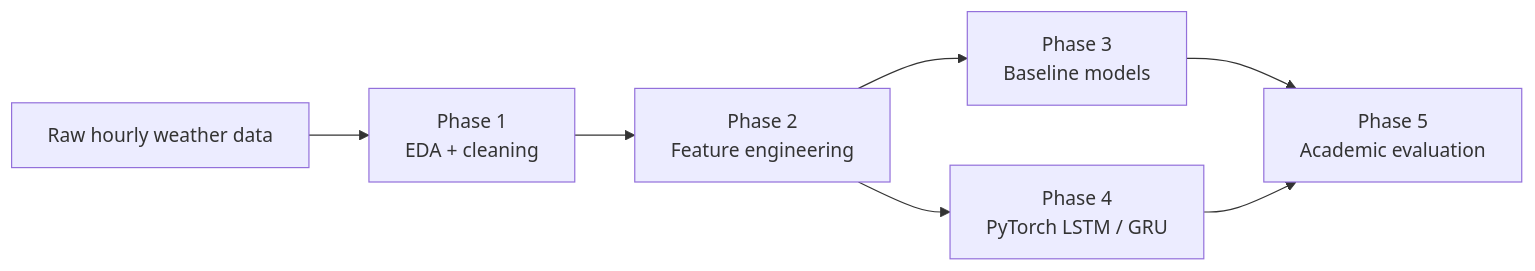
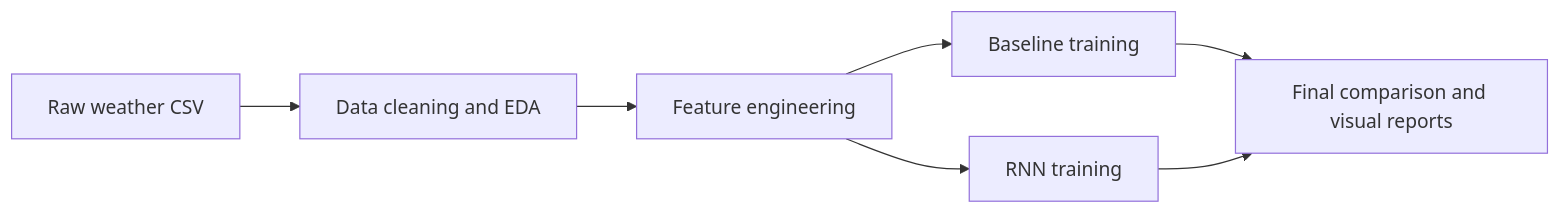
Before and after one commit to Kushh-19/Climate: the diagram in README.md, drawn with Mermaid. The commit also changed other lines of this file and 37 other files, not shown here.

````diff
--- a/README.md
+++ b/README.md
@@ -43,9 +25,9 @@
 ```mermaid
 flowchart LR
-    A["Raw hourly weather data"] --> B["Phase 1<br/>EDA + cleaning"]
-    B --> C["Phase 2<br/>Feature engineering"]
-    C --> D["Phase 3<br/>Baseline models"]
-    C --> E["Phase 4<br/>PyTorch LSTM / GRU"]
-    D --> F["Phase 5<br/>Academic evaluation"]
+    A["Raw weather CSV"] --> B["Data cleaning and EDA"]
+    B --> C["Feature engineering"]
+    C --> D["Baseline training"]
+    C --> E["RNN training"]
+    D --> F["Final comparison and visual reports"]
     E --> F
 ```
````
